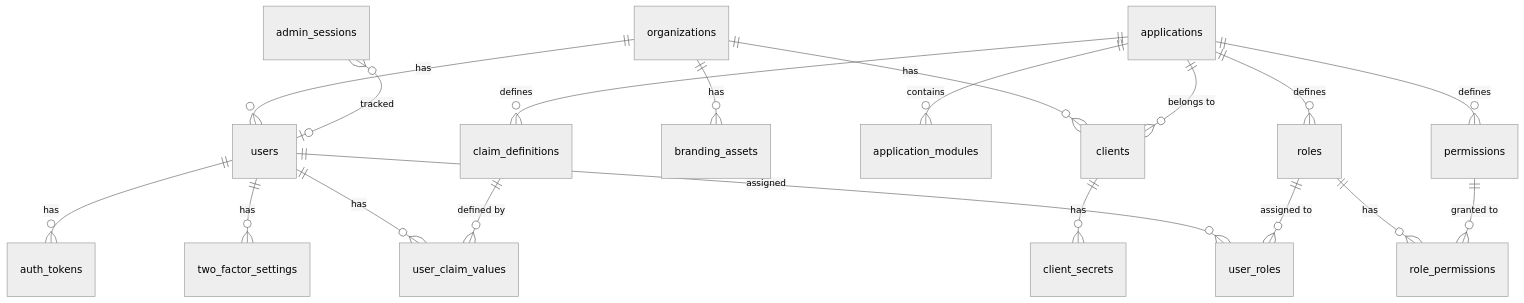
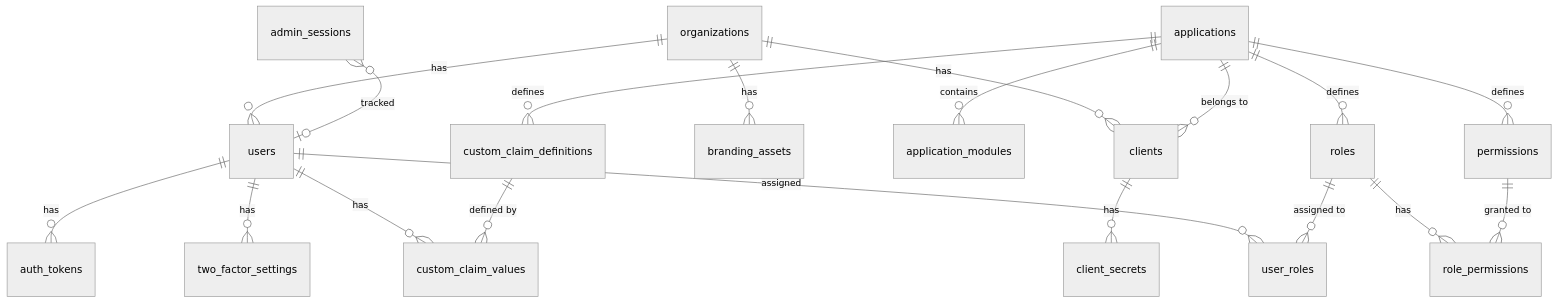
The diagram in techdocs/architecture/data-model.md (blendsdk/porta-identity), drawn with Mermaid (neutral theme) before and after one commit. The commit also changed other lines of this file and 8 other files, not shown here.

````diff
--- a/techdocs/architecture/data-model.md
+++ b/techdocs/architecture/data-model.md
@@ -11,27 +11,27 @@
 ```mermaid
 erDiagram
     organizations ||--o{ users : "has"
     organizations ||--o{ clients : "has"
     organizations ||--o{ branding_assets : "has"
 
     applications ||--o{ application_modules : "contains"
     applications ||--o{ clients : "belongs to"
     applications ||--o{ roles : "defines"
     applications ||--o{ permissions : "defines"
-    applications ||--o{ claim_definitions : "defines"
+    applications ||--o{ custom_claim_definitions : "defines"
 
     users ||--o{ user_roles : "assigned"
-    users ||--o{ user_claim_values : "has"
+    users ||--o{ custom_claim_values : "has"
     users ||--o{ two_factor_settings : "has"
     users ||--o{ auth_tokens : "has"
 
     roles ||--o{ user_roles : "assigned to"
     roles ||--o{ role_permissions : "has"
     permissions ||--o{ role_permissions : "granted to"
 
-    claim_definitions ||--o{ user_claim_values : "defined by"
+    custom_claim_definitions ||--o{ custom_claim_values : "defined by"
 
     clients ||--o{ client_secrets : "has"
 
     admin_sessions }o--o| users : "tracked"
 ```
````
